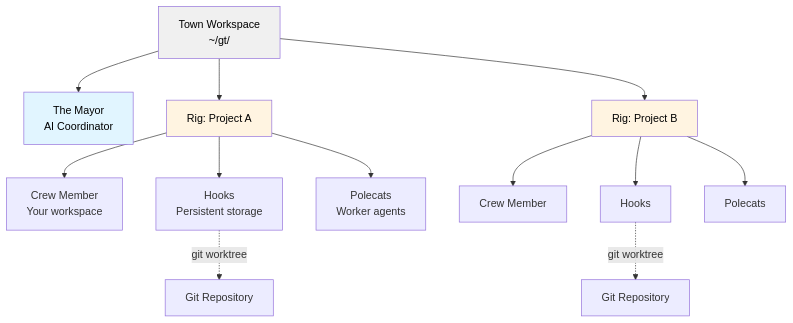
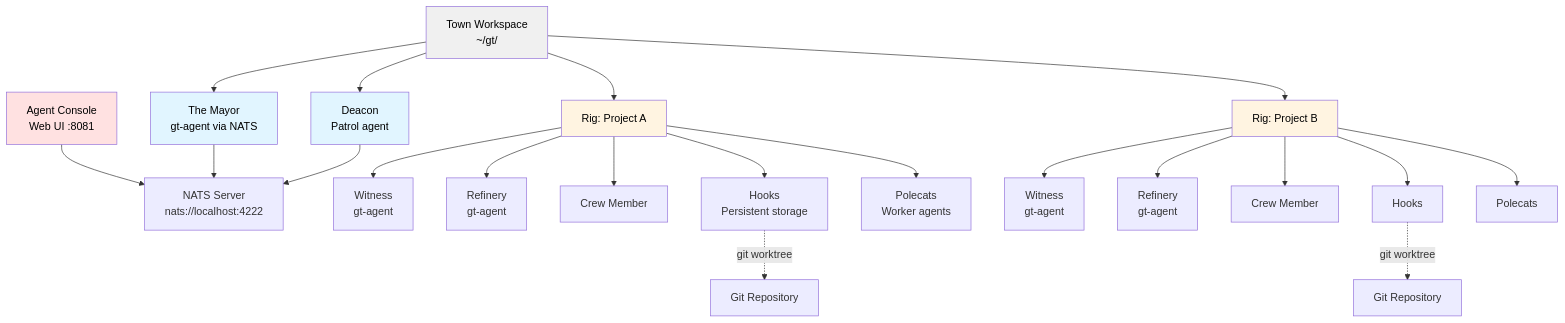
The first of 4 diagrams in README.md (stevef1uk/gastown), drawn with Mermaid before and after one commit. The commit also changed other lines of this file, not shown here.

First line of the commit message:
docs: update README for NATS/gt-agent architecture and Agent Console

````diff
--- a/README.md
+++ b/README.md
@@ -20,25 +20,38 @@
 ```mermaid
 graph TB
-    Mayor[The Mayor<br/>AI Coordinator]
+    Mayor[The Mayor<br/>gt-agent via NATS]
+    Deacon[Deacon<br/>Patrol agent]
+    Console[Agent Console<br/>Web UI :8081]
     Town[Town Workspace<br/>~/gt/]
+    NATS[NATS Server<br/>nats://localhost:4222]
 
+    Console --> NATS
+    Mayor --> NATS
+    Deacon --> NATS
     Town --> Mayor
+    Town --> Deacon
     Town --> Rig1[Rig: Project A]
     Town --> Rig2[Rig: Project B]
 
-    Rig1 --> Crew1[Crew Member<br/>Your workspace]
+    Rig1 --> Witness1[Witness<br/>gt-agent]
+    Rig1 --> Refinery1[Refinery<br/>gt-agent]
+    Rig1 --> Crew1[Crew Member]
     Rig1 --> Hooks1[Hooks<br/>Persistent storage]
     Rig1 --> Polecats1[Polecats<br/>Worker agents]
 
+    Rig2 --> Witness2[Witness<br/>gt-agent]
+    Rig2 --> Refinery2[Refinery<br/>gt-agent]
     Rig2 --> Crew2[Crew Member]
     Rig2 --> Hooks2[Hooks]
     Rig2 --> Polecats2[Polecats]
 
     Hooks1 -.git worktree.-> GitRepo1[Git Repository]
     Hooks2 -.git worktree.-> GitRepo2[Git Repository]
 
     style Mayor fill:#e1f5ff,color:#000000
+    style Deacon fill:#e1f5ff,color:#000000
+    style Console fill:#ffe1e1,color:#000000
     style Town fill:#f0f0f0,color:#000000
     style Rig1 fill:#fff4e1,color:#000000
     style Rig2 fill:#fff4e1,color:#000000
 ```
````
